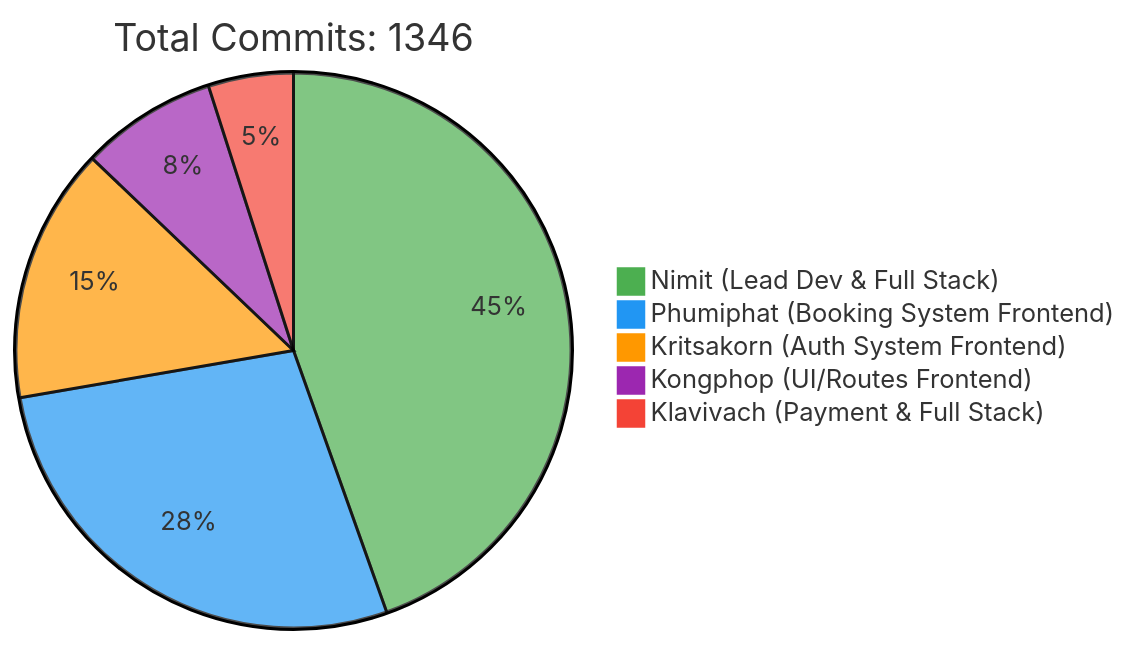
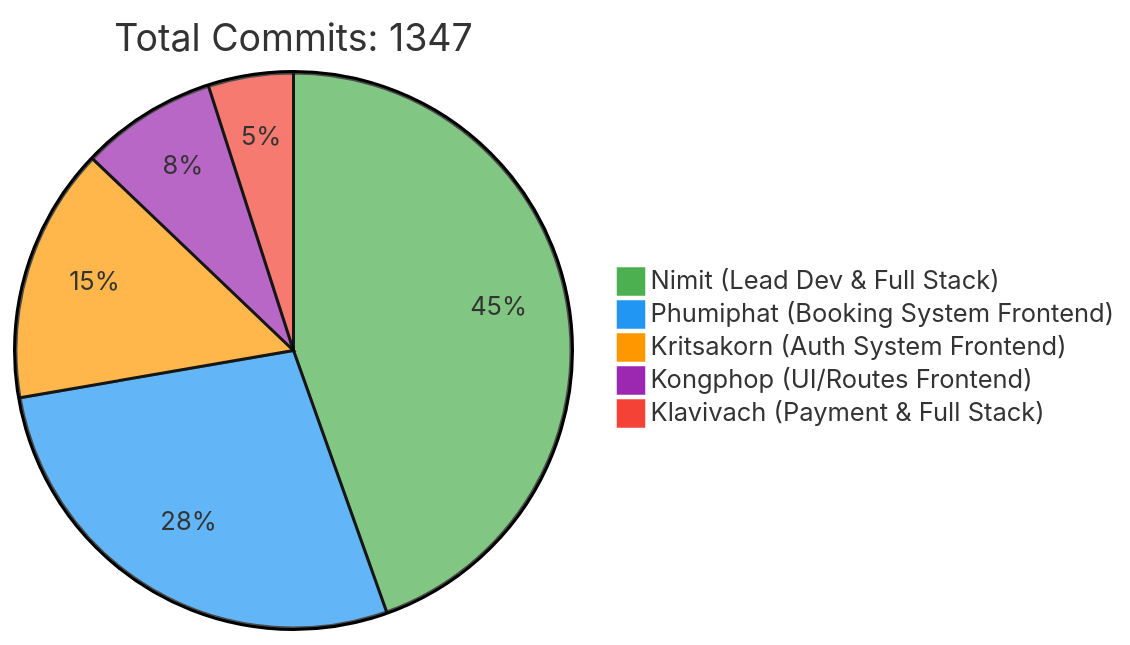
The first of 2 diagrams in README.md (6531503042/Sport-Complex), drawn with Mermaid before and after one commit. The commit also changed other lines of this file, not shown here.

Commit message:
docs: Update contributor statistics [skip ci]

````diff
--- a/README.md
+++ b/README.md
@@ -257,10 +257,10 @@
 ```mermaid
 %%{init: {'theme': 'base', 'themeVariables': { 'pie1': '#4CAF50', 'pie2': '#2196F3', 'pie3': '#FF9800', 'pie4': '#9C27B0', 'pie5': '#F44336'}}}%%
 pie
-    title Total Commits: 1346
+    title Total Commits: 1347
     "Nimit (Lead Dev & Full Stack)" : 450
     "Phumiphat (Booking System Frontend)" : 280
     "Kritsakorn (Auth System Frontend)" : 150
     "Kongphop (UI/Routes Frontend)" : 80
     "Klavivach (Payment & Full Stack)" : 50
 ```
````
